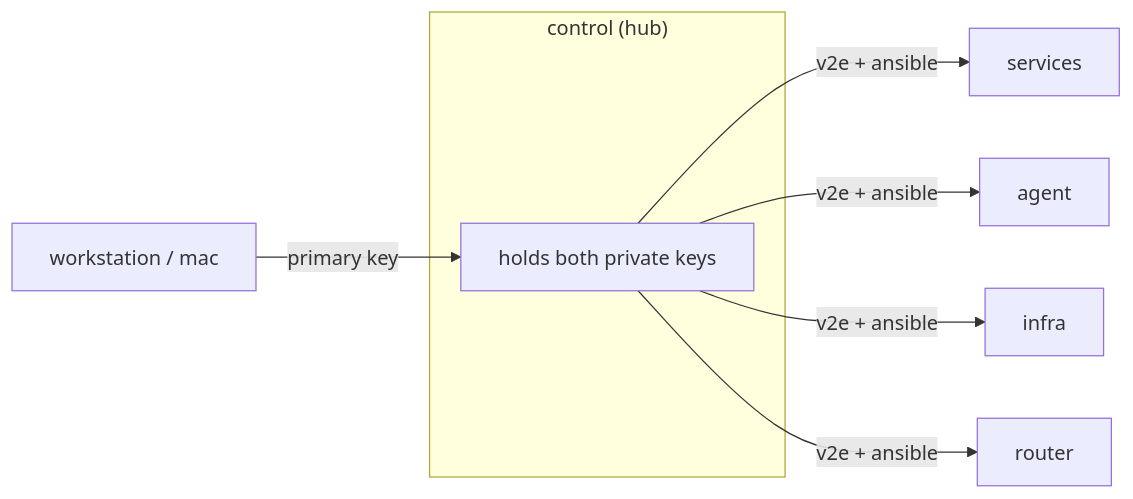
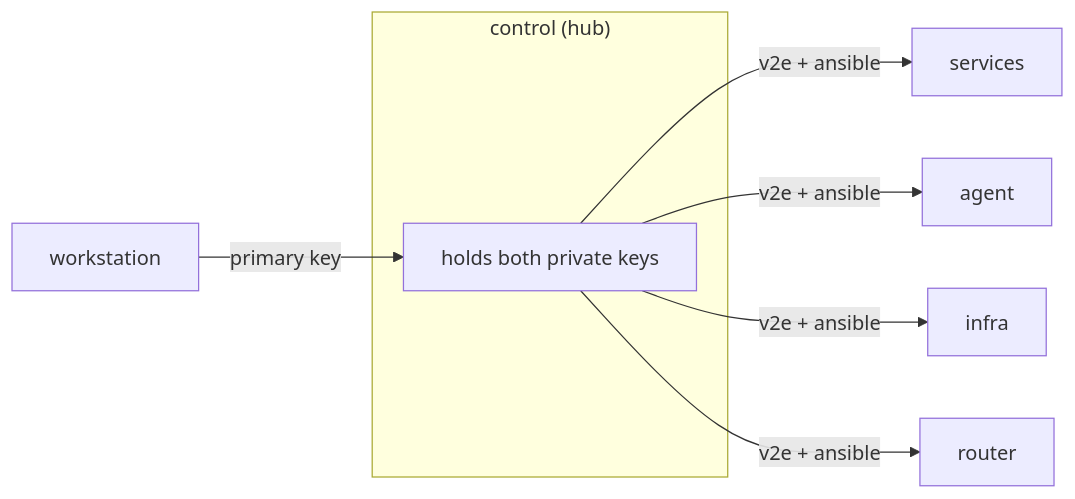
The second of 3 diagrams in docs/system/architecture.md (v2e-sh/v2e-docs), drawn with Mermaid before and after one commit. The commit also changed other lines of this file and 11 other files, not shown here.

````diff
--- a/docs/system/architecture.md
+++ b/docs/system/architecture.md
@@ -138,11 +138,11 @@
 ```mermaid
 graph LR
-    MAC[workstation / mac] -->|primary key| CTRL
+    MAC[workstation] -->|primary key| CTRL
     subgraph hub["control (hub)"]
         CTRL[holds both private keys]
     end
     CTRL -->|v2e + ansible| SVC[services]
     CTRL -->|v2e + ansible| AGENT[agent]
     CTRL -->|v2e + ansible| INFRA[infra]
     CTRL -->|v2e + ansible| VYOS[router]
 ```
````
